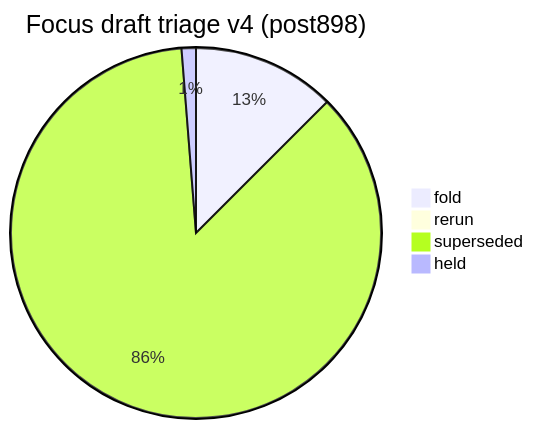
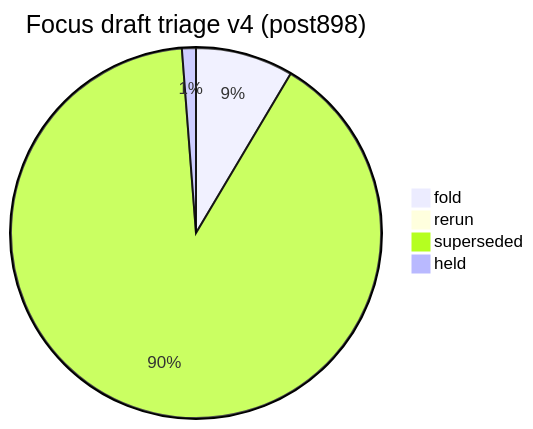
Before and after one commit to fuzzywigg/math-pentathlon: the first of 2 diagrams in docs/dev/open-draft-triage-post898-v4-2026-10-10.md, drawn with Mermaid. The commit also changed other lines of this file and 2 other files, not shown here.

````diff
--- a/docs/dev/open-draft-triage-post898-v4-2026-10-10.md
+++ b/docs/dev/open-draft-triage-post898-v4-2026-10-10.md
@@ -113,7 +113,7 @@
 ```mermaid
 pie title Focus draft triage v4 (post898)
-  "fold" : 10
+  "fold" : 7
   "rerun" : 0
-  "superseded" : 69
+  "superseded" : 74
   "held" : 1
 ```
````
